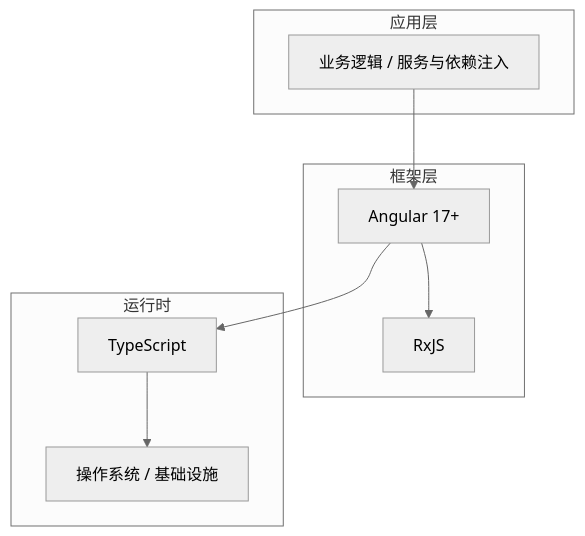
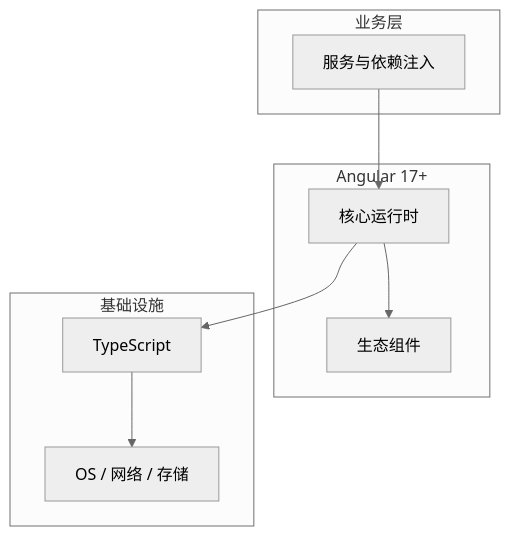
The diagram in articles/Angular/chapters/036-服务与依赖注入核心概念与原理.md (yanggan2015/knowledge-json-v2), drawn with Mermaid (neutral theme) before and after one commit. The commit also changed other lines of this file and 10127 other files, not shown here.

````diff
--- a/articles/Angular/chapters/036-服务与依赖注入核心概念与原理.md
+++ b/articles/Angular/chapters/036-服务与依赖注入核心概念与原理.md
@@ -45,18 +34,18 @@
 ```mermaid
 graph TB
-    subgraph 应用层
-        A[业务逻辑 / 服务与依赖注入]
+    subgraph 业务层
+        A[服务与依赖注入]
     end
-    subgraph 框架层
-        B[Angular 17+]
-        C[RxJS]
+    subgraph Angular 17+
+        B[核心运行时]
+        C[生态组件]
     end
-    subgraph 运行时
+    subgraph 基础设施
         D[TypeScript]
-        E[操作系统 / 基础设施]
+        E[OS / 网络 / 存储]
     end
     A --> B
     B --> C
     B --> D
     D --> E
 ```
````
